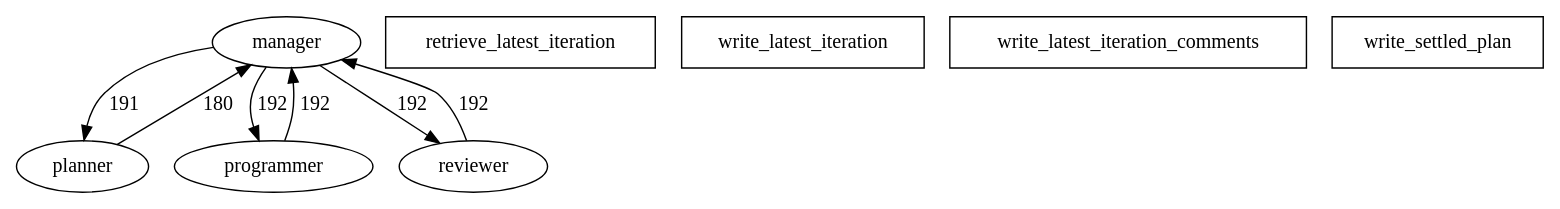
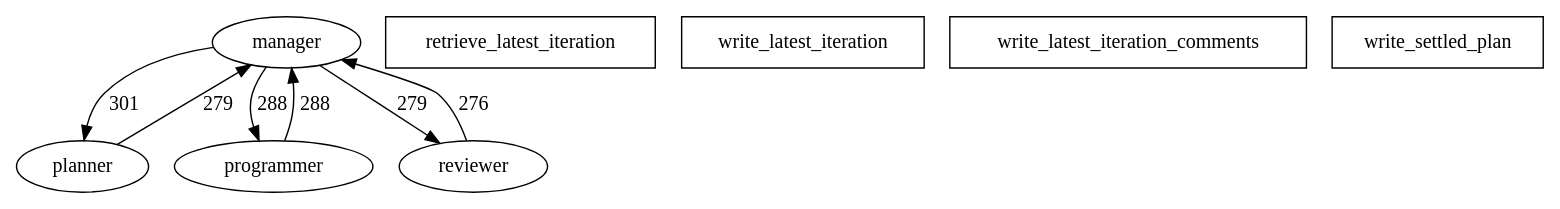
The diagram in outputs/system1_iterative_coding/trace_graph.dot (BzhH7/MASentinel), drawn with Graphviz before and after one commit. The commit also changed 294 other files, not shown here.

```diff
--- a/outputs/system1_iterative_coding/trace_graph.dot
+++ b/outputs/system1_iterative_coding/trace_graph.dot
@@ -1,16 +1,16 @@
 digraph MASentinelTrace {
   "manager" [shape=ellipse];
   "planner" [shape=ellipse];
   "programmer" [shape=ellipse];
   "reviewer" [shape=ellipse];
   "retrieve_latest_iteration" [shape=box];
   "write_latest_iteration" [shape=box];
   "write_latest_iteration_comments" [shape=box];
   "write_settled_plan" [shape=box];
-  "manager" -> "planner" [label="191"];
-  "manager" -> "programmer" [label="192"];
-  "manager" -> "reviewer" [label="192"];
-  "planner" -> "manager" [label="180"];
-  "programmer" -> "manager" [label="192"];
-  "reviewer" -> "manager" [label="192"];
+  "manager" -> "planner" [label="301"];
+  "manager" -> "programmer" [label="288"];
+  "manager" -> "reviewer" [label="279"];
+  "planner" -> "manager" [label="279"];
+  "programmer" -> "manager" [label="288"];
+  "reviewer" -> "manager" [label="276"];
 }
```
